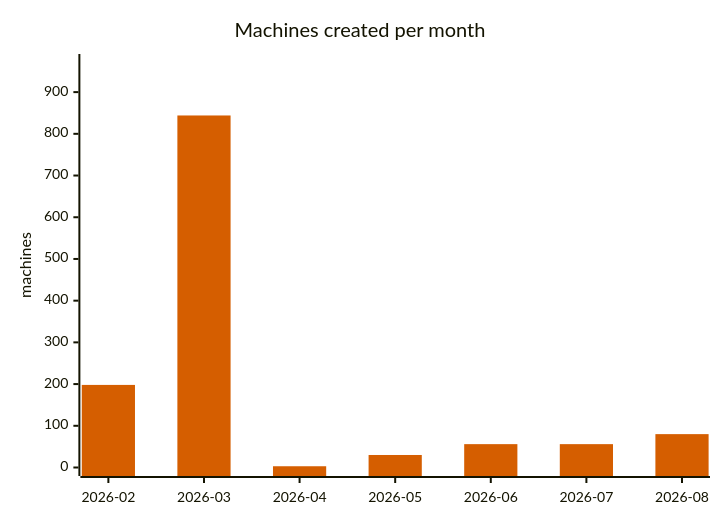
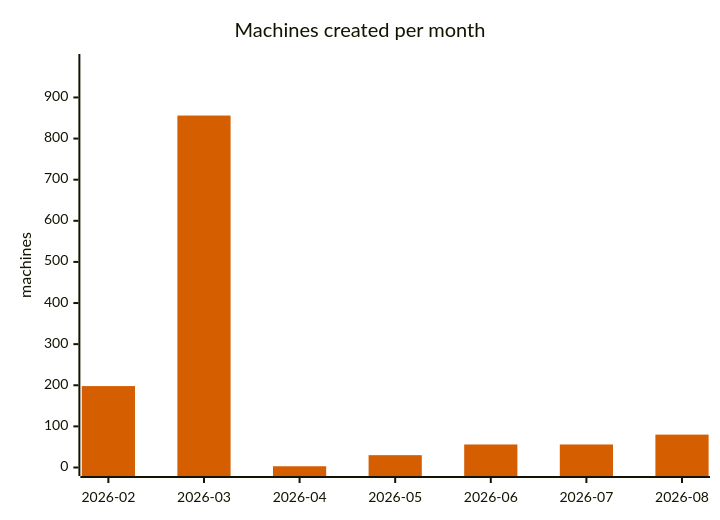
The fifth of 7 diagrams in ANALYSIS.md (cheeaun/returnright-data), drawn with Mermaid before and after one commit. The commit also changed other lines of this file and 3 other files, not shown here.

````diff
--- a/ANALYSIS.md
+++ b/ANALYSIS.md
@@ -225,13 +223,13 @@
 ```mermaid
 ---
 config:
   themeVariables:
     xyChart:
       plotColorPalette: "#D55E00"
 ---
 xychart-beta
     title "Machines created per month"
     x-axis ["2026-02", "2026-03", "2026-04", "2026-05", "2026-06", "2026-07", "2026-08"]
-    y-axis "machines" 0 --> 971
-    bar [198, 844, 3, 30, 56, 56, 80]
+    y-axis "machines" 0 --> 985
+    bar [198, 856, 3, 30, 56, 56, 80]
 ```
````
